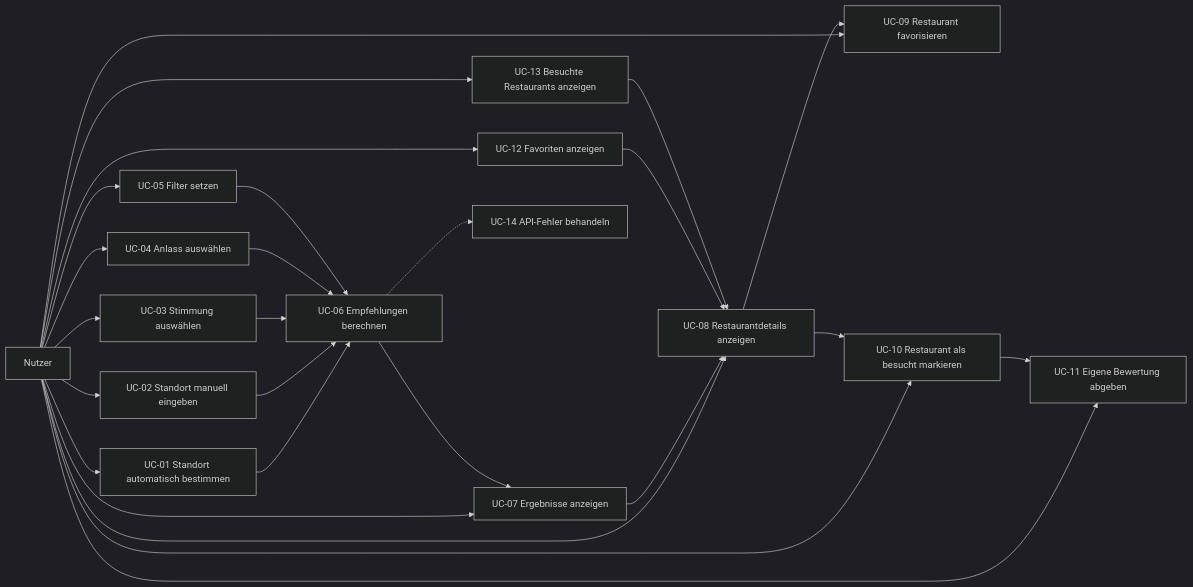
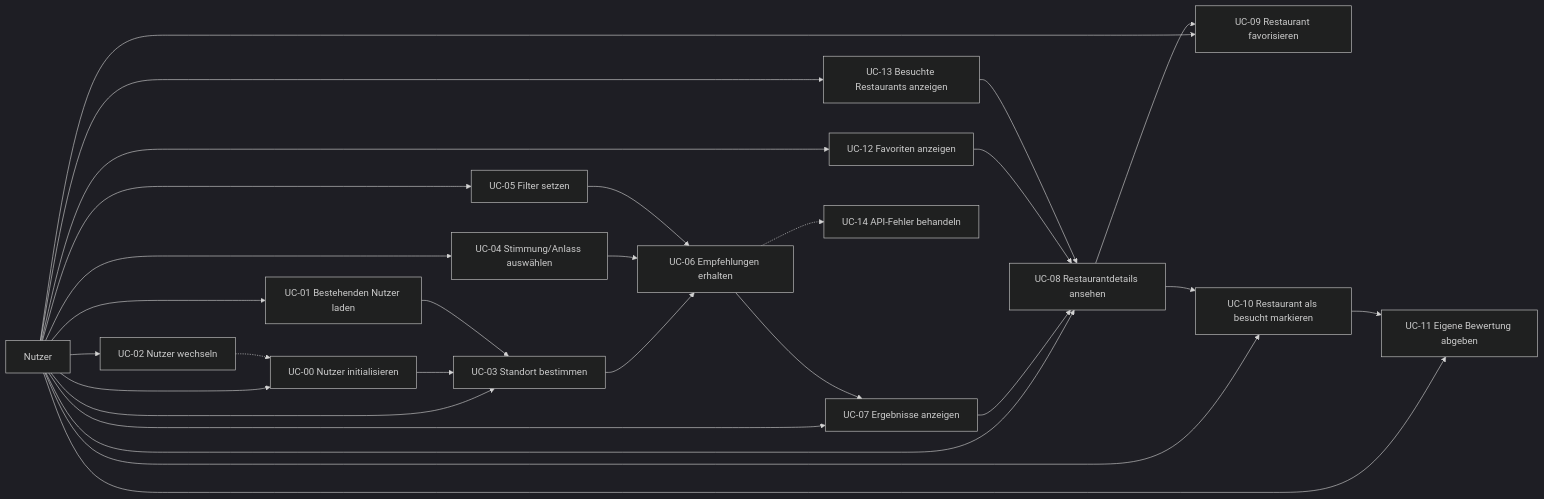
Before and after one commit to ahil-trq/thm_wk-1106_food-mood: the diagram in docs/specs/F2-Anwendungsfaelle.md, drawn with Mermaid (dark theme). The commit also changed other lines of this file, not shown here.

````diff
--- a/docs/specs/F2-Anwendungsfaelle.md
+++ b/docs/specs/F2-Anwendungsfaelle.md
@@ -26,43 +26,46 @@
 ```mermaid
 flowchart LR
     Nutzer[Nutzer]
-    UC01[UC-01 Standort automatisch bestimmen]
-    UC02[UC-02 Standort manuell eingeben]
-    UC03[UC-03 Stimmung auswählen]
-    UC04[UC-04 Anlass auswählen]
+    UC00[UC-00 Nutzer initialisieren]
+    UC01[UC-01 Bestehenden Nutzer laden]
+    UC02[UC-02 Nutzer wechseln]
+    UC03[UC-03 Standort bestimmen]
+    UC04[UC-04 Stimmung/Anlass auswählen]
     UC05[UC-05 Filter setzen]
-    UC06[UC-06 Empfehlungen berechnen]
+    UC06[UC-06 Empfehlungen erhalten]
     UC07[UC-07 Ergebnisse anzeigen]
-    UC08[UC-08 Restaurantdetails anzeigen]
+    UC08[UC-08 Restaurantdetails ansehen]
     UC09[UC-09 Restaurant favorisieren]
     UC10[UC-10 Restaurant als besucht markieren]
     UC11[UC-11 Eigene Bewertung abgeben]
     UC12[UC-12 Favoriten anzeigen]
     UC13[UC-13 Besuchte Restaurants anzeigen]
     UC14[UC-14 API-Fehler behandeln]
+    Nutzer --> UC00
     Nutzer --> UC01
     Nutzer --> UC02
     Nutzer --> UC03
     Nutzer --> UC04
     Nutzer --> UC05
     Nutzer --> UC07
     Nutzer --> UC08
     Nutzer --> UC09
     Nutzer --> UC10
     Nutzer --> UC11
     Nutzer --> UC12
     Nutzer --> UC13
-    UC01 --> UC06
-    UC02 --> UC06
+    UC00 --> UC03
+    UC01 --> UC03
+    UC02 -.-> UC00
     UC03 --> UC06
     UC04 --> UC06
     UC05 --> UC06
     UC06 --> UC07
     UC07 --> UC08
     UC08 --> UC09
     UC08 --> UC10
     UC10 --> UC11
     UC12 --> UC08
     UC13 --> UC08
     UC06 -.-> UC14
 ```
````
